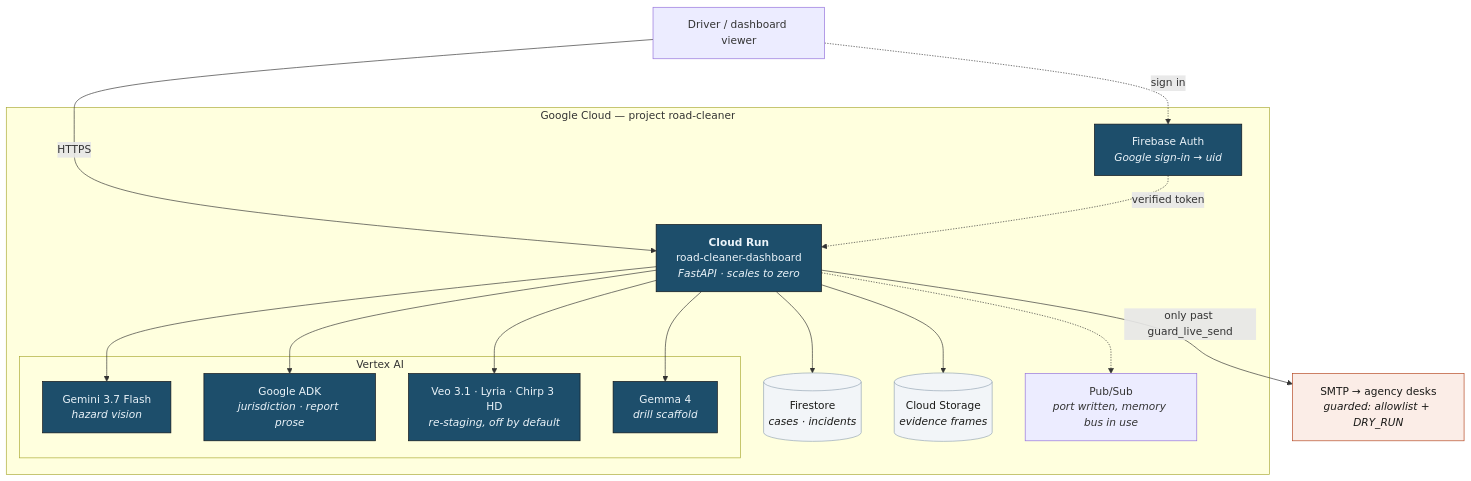
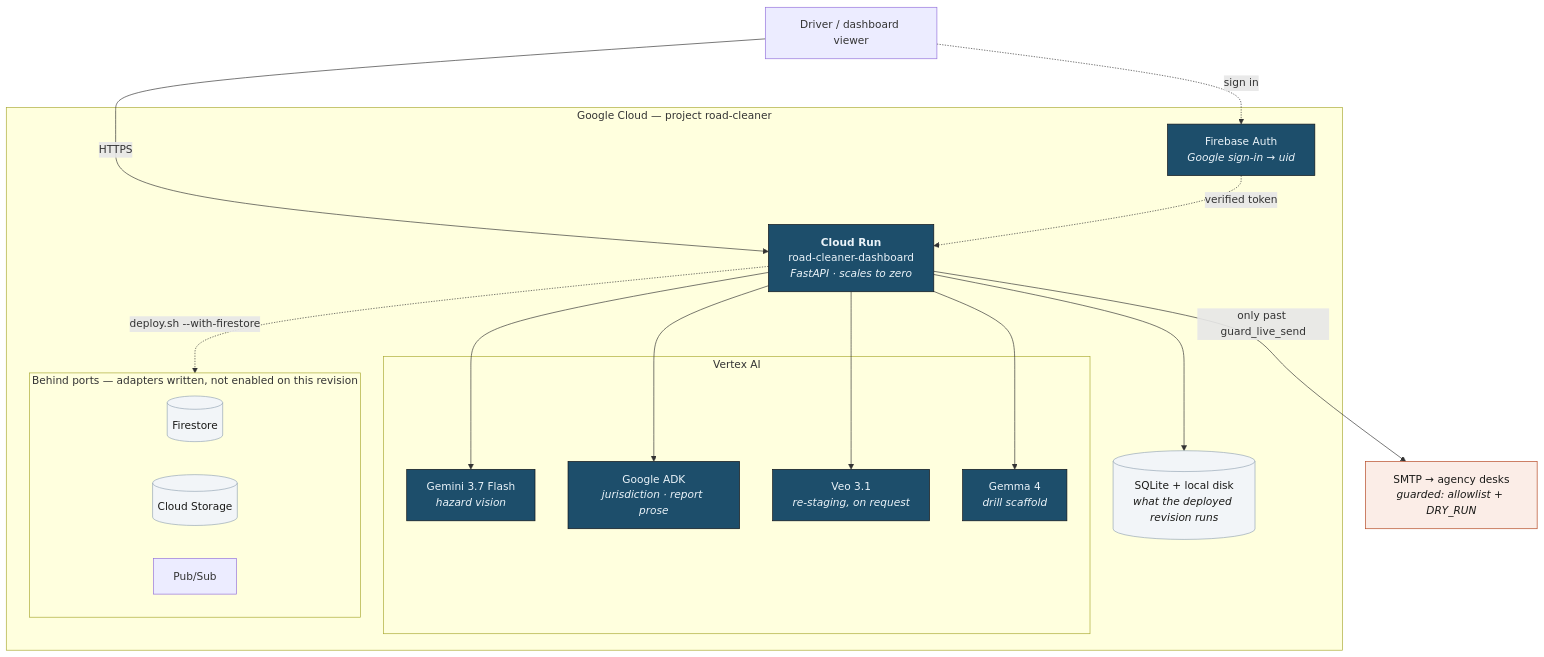
One commit to luminousyinyang/Road_Cleaner_Agent changed the fourth of 5 diagrams in docs/diagram.md. Above: the diagram before and after it, drawn with Mermaid. The commit also changed other lines of this file and 4 other files, not shown here.

Commit message:
diagram changes

````diff
--- a/docs/diagram.md
+++ b/docs/diagram.md
@@ -187,41 +183,45 @@
 ```mermaid
 flowchart TB
     user["Driver / dashboard viewer"]
 
     subgraph gcp["Google Cloud — project road-cleaner"]
         run["<b>Cloud Run</b><br/>road-cleaner-dashboard<br/><i>FastAPI · scales to zero</i>"]
 
         subgraph vertex["Vertex AI"]
             v1["Gemini 3.7 Flash<br/><i>hazard vision</i>"]
             v2["Google ADK<br/><i>jurisdiction · report prose</i>"]
-            v3["Veo 3.1 · Lyria · Chirp 3 HD<br/><i>re-staging, off by default</i>"]
+            v3["Veo 3.1<br/><i>re-staging, on request</i>"]
             v4["Gemma 4<br/><i>drill scaffold</i>"]
         end
 
         fb["Firebase Auth<br/><i>Google sign-in → uid</i>"]
-        fs[("Firestore<br/><i>cases · incidents</i>")]
-        gcs[("Cloud Storage<br/><i>evidence frames</i>")]
-        ps["Pub/Sub<br/><i>port written, memory bus in use</i>"]
+
+        subgraph ports["Behind ports — adapters written, not enabled on this revision"]
+            fs[("Firestore")]
+            gcs[("Cloud Storage")]
+            ps["Pub/Sub"]
+        end
+
+        local[("SQLite + local disk<br/><i>what the deployed revision runs</i>")]
     end
 
     smtp["SMTP → agency desks<br/><i>guarded: allowlist + DRY_RUN</i>"]
 
     user -->|HTTPS| run
     user -.->|sign in| fb
     fb -.->|verified token| run
     run --> v1
     run --> v2
     run --> v3
     run --> v4
-    run --> fs
-    run --> gcs
-    run -.-> ps
+    run --> local
+    run -.->|"deploy.sh --with-firestore"| ports
     run -->|"only past guard_live_send"| smtp
 
     classDef google fill:#1D4E6B,stroke:#0E1116,color:#EAF3F9
     classDef store fill:#F2F5F8,stroke:#94A5B4,color:#1A1A18
     classDef guard fill:#FBEDE7,stroke:#B4451F,color:#1A1A18
     class v1,v2,v3,v4,fb,run google
-    class fs,gcs store
+    class fs,gcs,local store
     class smtp guard
 ```
````
